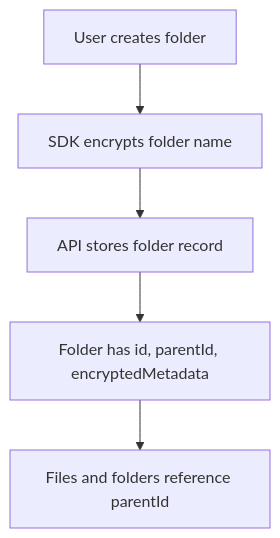
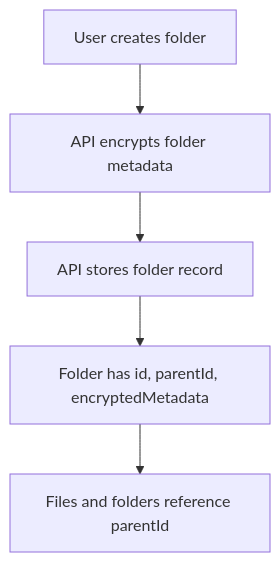
Before and after one commit to sk03167/frorage: the third of 5 diagrams in docs/flows/storage-and-encryption.md, drawn with Mermaid. The commit also changed other lines of this file and 22 other files, not shown here.

Commit message:
moving to admin owned flow

````diff
--- a/docs/flows/storage-and-encryption.md
+++ b/docs/flows/storage-and-encryption.md
@@ -92,7 +68,7 @@
 ```mermaid
 flowchart TD
-  A["User creates folder"] --> B["SDK encrypts folder name"]
+  A["User creates folder"] --> B["API encrypts folder metadata"]
   B --> C["API stores folder record"]
   C --> D["Folder has id, parentId, encryptedMetadata"]
   D --> E["Files and folders reference parentId"]
 ```
````
